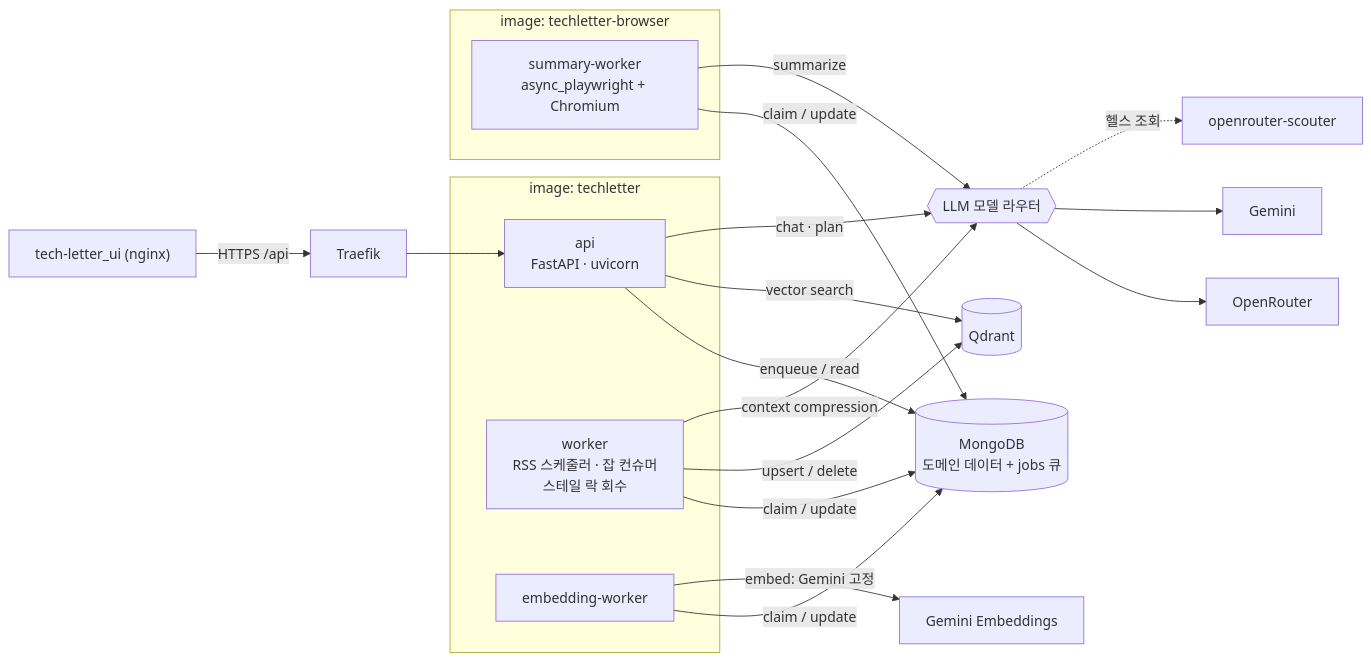
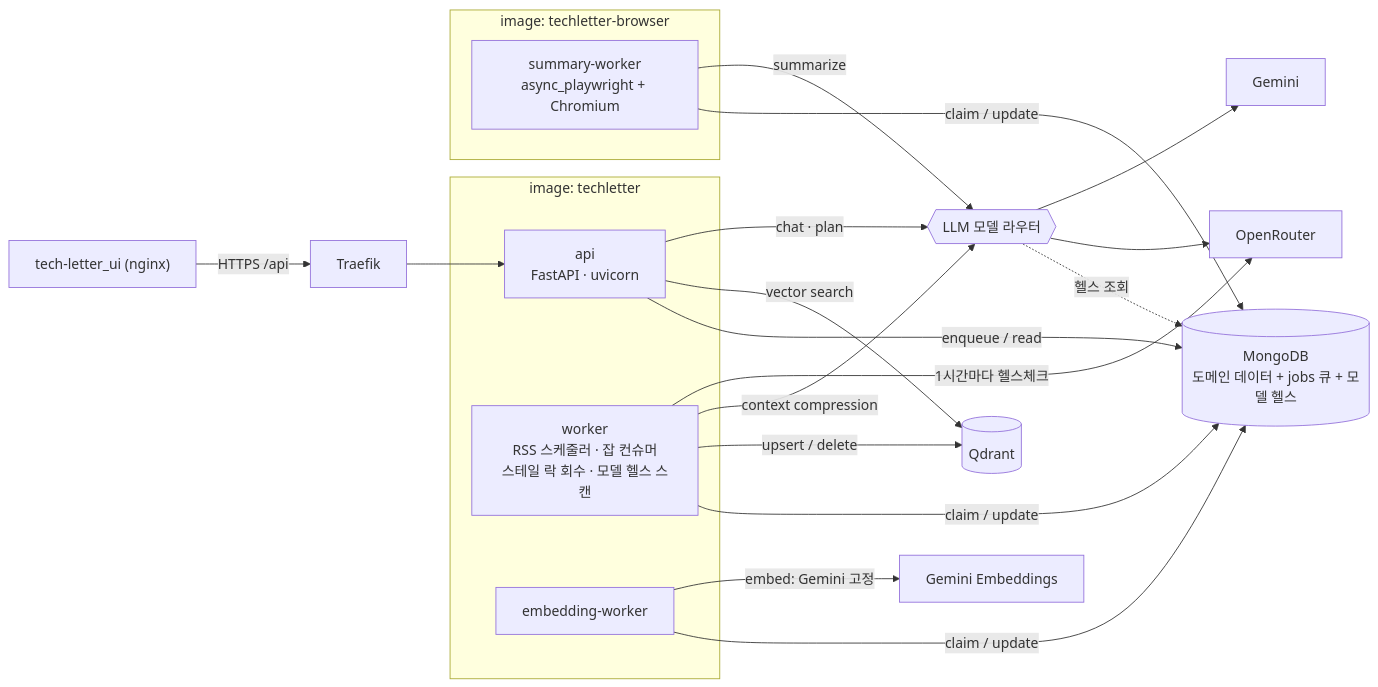
One commit to TechLetter/tech-letter changed the diagram in README.md. Above: the diagram before and after it, drawn with Mermaid. The commit also changed other lines of this file and 19 other files, not shown here.

````diff
--- a/README.md
+++ b/README.md
@@ -25,30 +25,31 @@
 ```mermaid
 flowchart LR
     FE["tech-letter_ui (nginx)"] -->|HTTPS /api| T[Traefik]
     T --> API
 
     subgraph img1["image: techletter"]
         API["api<br/>FastAPI · uvicorn"]
-        W["worker<br/>RSS 스케줄러 · 잡 컨슈머<br/>스테일 락 회수"]
+        W["worker<br/>RSS 스케줄러 · 잡 컨슈머<br/>스테일 락 회수 · 모델 헬스 스캔"]
         EW["embedding-worker"]
     end
     subgraph img2["image: techletter-browser"]
         SW["summary-worker<br/>async_playwright + Chromium"]
     end
 
-    API -->|enqueue / read| M[("MongoDB<br/>도메인 데이터 + jobs 큐")]
+    API -->|enqueue / read| M[("MongoDB<br/>도메인 데이터 + jobs 큐 + 모델 헬스")]
     W -->|claim / update| M
     SW -->|claim / update| M
     EW -->|claim / update| M
 
     API -->|vector search| Q[(Qdrant)]
     W -->|upsert / delete| Q
 
     API -->|chat · plan| R{{"LLM 모델 라우터"}}
     W -->|context compression| R
+    W -->|1시간마다 헬스체크| OR
     SW -->|summarize| R
     EW -->|embed: Gemini 고정| G[Gemini Embeddings]
+    R -.->|헬스 조회| M
     R --> OR[OpenRouter]
     R --> GG[Gemini]
-    R -.->|헬스 조회| SC["openrouter-scouter"]
 ```
````
